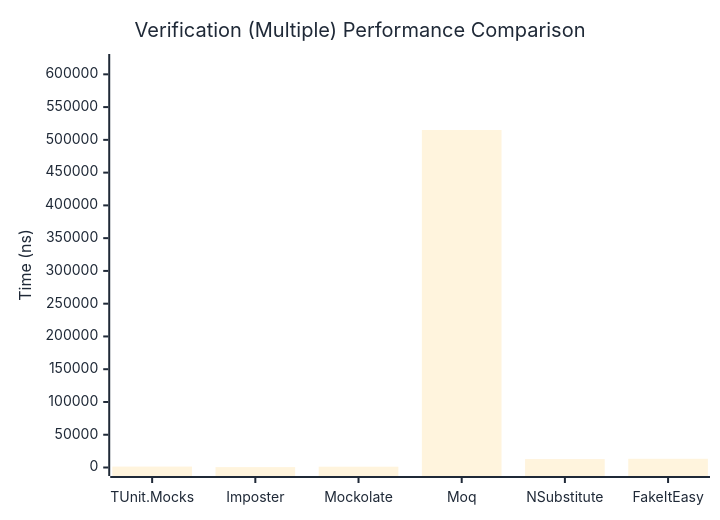
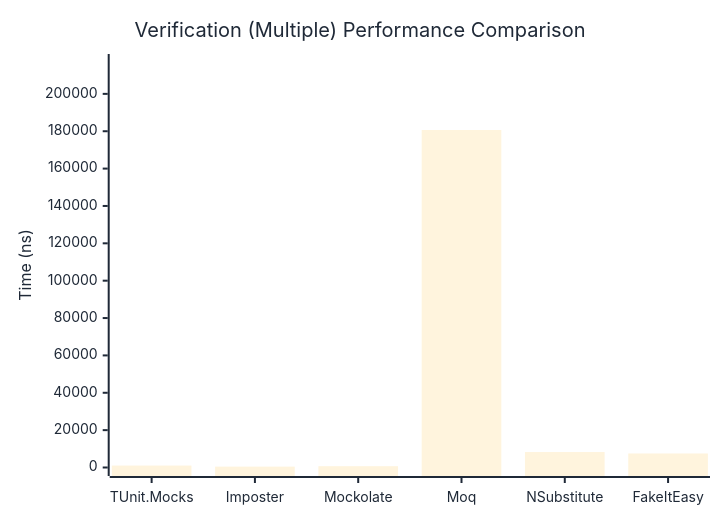
One commit to thomhurst/TUnit changed the third of 3 diagrams in docs/docs/benchmarks/mocks/Verification.md. Above: the diagram before and after it, drawn with Mermaid. The commit also changed other lines of this file and 14 other files, not shown here.

````diff
--- a/docs/docs/benchmarks/mocks/Verification.md
+++ b/docs/docs/benchmarks/mocks/Verification.md
@@ -112,27 +112,27 @@
 ```mermaid
 %%{init: {
   'theme':'base',
   'themeVariables': {
     'primaryColor': '#2563eb',
     'primaryTextColor': '#1f2937',
     'primaryBorderColor': '#1e40af',
     'lineColor': '#6b7280',
     'secondaryColor': '#7c3aed',
     'tertiaryColor': '#dc2626',
     'background': '#ffffff',
     'pie1': '#2563eb',
     'pie2': '#7c3aed',
     'pie3': '#dc2626',
     'pie4': '#f59e0b',
     'pie5': '#10b981',
     'pie6': '#06b6d4',
     'pie7': '#ec4899',
     'pie8': '#6366f1'
   }
 }}%%
 xychart-beta
   title "Verification (Multiple) Performance Comparison"
   x-axis ["TUnit.Mocks", "Imposter", "Mockolate", "Moq", "NSubstitute", "FakeItEasy"]
-  y-axis "Time (ns)" 0 --> 618053
-  bar [1407.52, 608.32, 1235.63, 515043.6, 12863.93, 13277.87]
+  y-axis "Time (ns)" 0 --> 216792
+  bar [1031.3, 467.11, 696.47, 180659.33, 8275.87, 7510]
 ```
````
